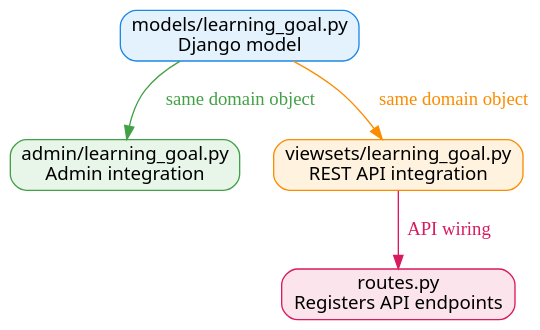
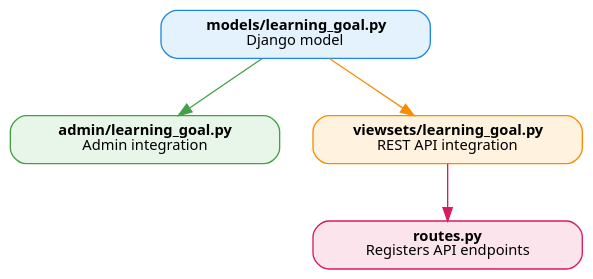
One commit to openbook-education/openbook changed the diagram in docs/developers/howto-guides.rst. Above: the diagram before and after it, drawn with Graphviz. The commit also changed other lines of this file and 7 other files, not shown here.

Commit message:
#64 Docs: Backend architecture

```diff
--- a/docs/developers/howto-guides.rst
+++ b/docs/developers/howto-guides.rst
@@ -102,17 +102,17 @@
    .. graphviz::
       :align: center
-      :caption: One domain model is mirrored across the main packages of an OpenBook app.
+      :caption: Mirrored source structure for the model and all layers above
 
       digraph app_layout {
          graph [bgcolor=transparent, rankdir=TB, nodesep=0.35, ranksep=0.6];
-         node [shape=box, style="rounded,filled", fontname="Sans"];
+         node [shape=box, style="rounded,filled", fontname="Sans", fontsize=11, width=2.8, height=0.5, fixedsize=true];
 
-         model  [label="models/learning_goal.py\nDjango model", fillcolor="#e3f2fd", color="#1e88e5"];
-         admin  [label="admin/learning_goal.py\nAdmin integration", fillcolor="#e8f5e9", color="#43a047"];
-         api    [label="viewsets/learning_goal.py\nREST API integration", fillcolor="#fff3e0", color="#fb8c00"];
-         routes [label="routes.py\nRegisters API endpoints", fillcolor="#fce4ec", color="#d81b60"];
+         model  [label=<<B>models/learning_goal.py</B><BR/>Django model>, fillcolor="#e3f2fd", color="#1e88e5"];
+         admin  [label=<<B>admin/learning_goal.py</B><BR/>Admin integration>, fillcolor="#e8f5e9", color="#43a047"];
+         api    [label=<<B>viewsets/learning_goal.py</B><BR/>REST API integration>, fillcolor="#fff3e0", color="#fb8c00"];
+         routes [label=<<B>routes.py</B><BR/>Registers API endpoints>, fillcolor="#fce4ec", color="#d81b60"];
 
-         model -> admin [label="same domain object", color="#43a047", fontcolor="#43a047"];
-         model -> api   [label="same domain object", color="#fb8c00", fontcolor="#fb8c00"];
-         api -> routes  [label="API wiring", color="#d81b60", fontcolor="#d81b60"];
+         model -> admin [color="#43a047"];
+         model -> api   [color="#fb8c00"];
+         api -> routes  [color="#d81b60"];
       }
```
